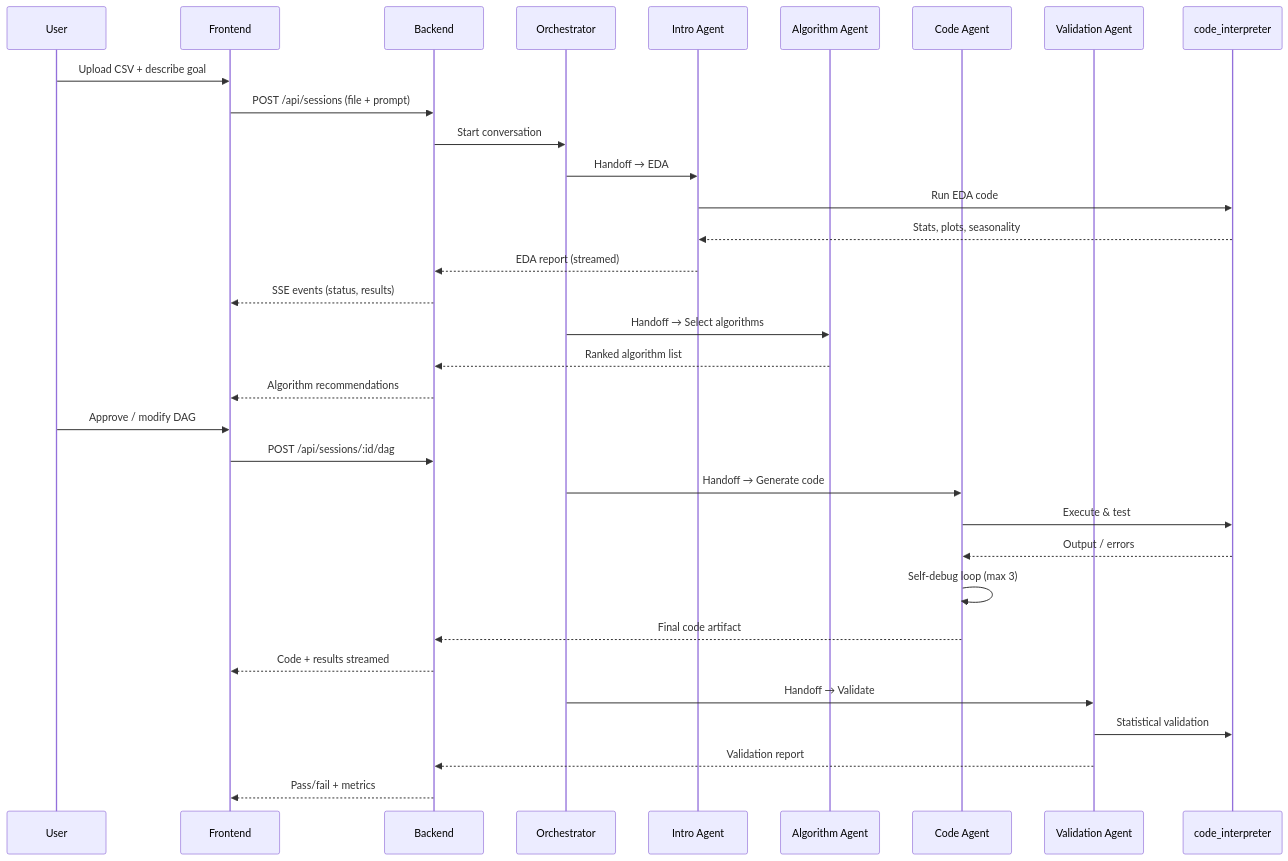
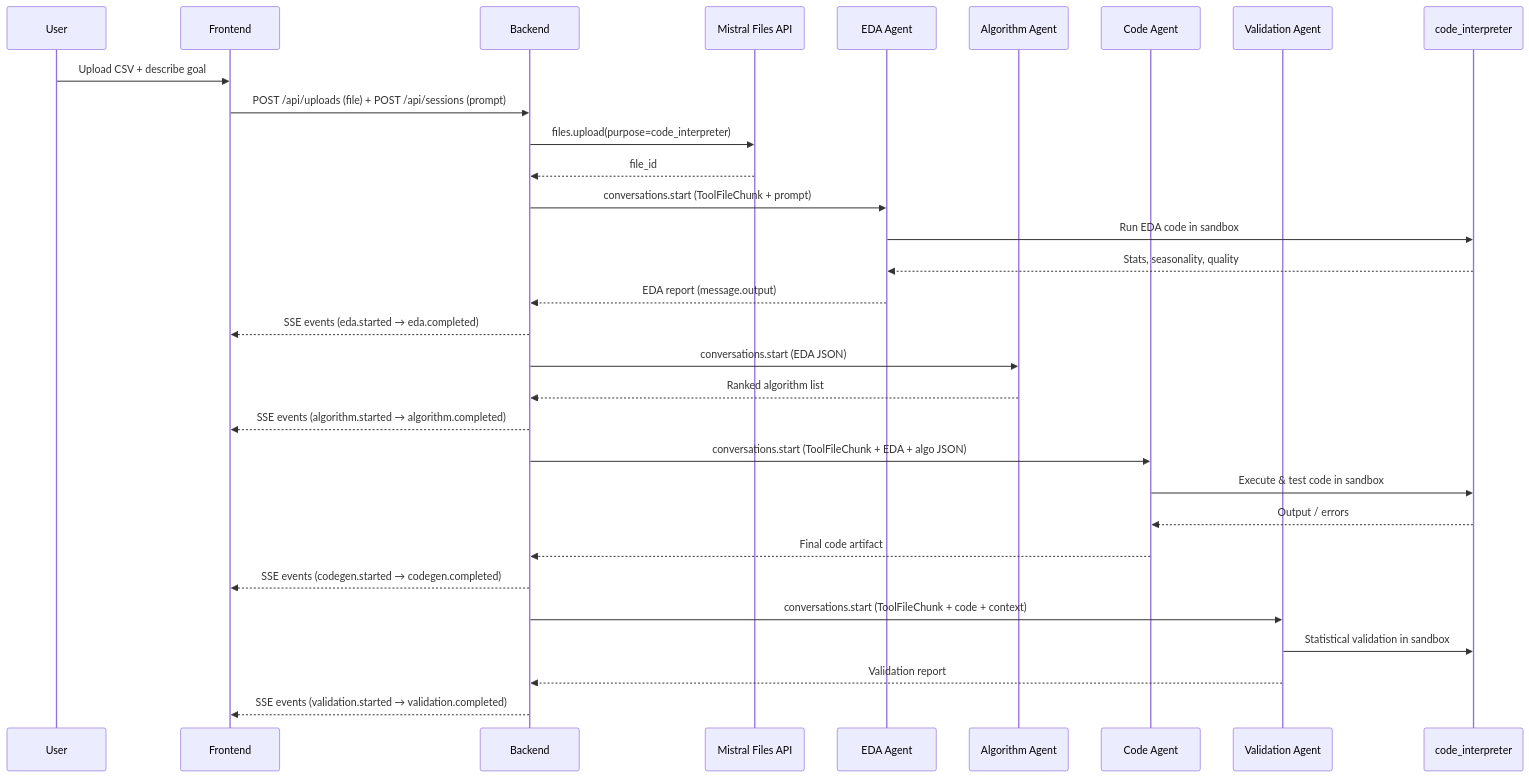
The second of 2 diagrams in ANOMALISTRAL_PLAN.md (Kacper0199/anomalistral), drawn with Mermaid before and after one commit. The commit also changed other lines of this file and 4 other files, not shown here.

````diff
--- a/ANOMALISTRAL_PLAN.md
+++ b/ANOMALISTRAL_PLAN.md
@@ -82,40 +82,38 @@
 ```mermaid
 sequenceDiagram
     participant U as User
     participant FE as Frontend
     participant BE as Backend
-    participant ORC as Orchestrator
-    participant INTRO as Intro Agent
-    participant ALGO as Algorithm Agent
-    participant CODE as Code Agent
-    participant VAL as Validation Agent
+    participant MF as Mistral Files API
+    participant EDA_A as EDA Agent
+    participant ALGO_A as Algorithm Agent
+    participant CODE_A as Code Agent
+    participant VAL_A as Validation Agent
     participant CI as code_interpreter
 
     U->>FE: Upload CSV + describe goal
-    FE->>BE: POST /api/sessions (file + prompt)
-    BE->>ORC: Start conversation
-    ORC->>INTRO: Handoff → EDA
-    INTRO->>CI: Run EDA code
-    CI-->>INTRO: Stats, plots, seasonality
-    INTRO-->>BE: EDA report (streamed)
-    BE-->>FE: SSE events (status, results)
+    FE->>BE: POST /api/uploads (file) + POST /api/sessions (prompt)
+    BE->>MF: files.upload(purpose=code_interpreter)
+    MF-->>BE: file_id
 
-    ORC->>ALGO: Handoff → Select algorithms
-    ALGO-->>BE: Ranked algorithm list
-    BE-->>FE: Algorithm recommendations
+    BE->>EDA_A: conversations.start (ToolFileChunk + prompt)
+    EDA_A->>CI: Run EDA code in sandbox
+    CI-->>EDA_A: Stats, seasonality, quality
+    EDA_A-->>BE: EDA report (message.output)
+    BE-->>FE: SSE events (eda.started → eda.completed)
 
-    U->>FE: Approve / modify DAG
-    FE->>BE: POST /api/sessions/:id/dag
+    BE->>ALGO_A: conversations.start (EDA JSON)
+    ALGO_A-->>BE: Ranked algorithm list
+    BE-->>FE: SSE events (algorithm.started → algorithm.completed)
 
-    ORC->>CODE: Handoff → Generate code
-    CODE->>CI: Execute & test
-    CI-->>CODE: Output / errors
-    CODE->>CODE: Self-debug loop (max 3)
-    CODE-->>BE: Final code artifact
-    BE-->>FE: Code + results streamed
+    BE->>CODE_A: conversations.start (ToolFileChunk + EDA + algo JSON)
+    CODE_A->>CI: Execute & test code in sandbox
+    CI-->>CODE_A: Output / errors
+    CODE_A-->>BE: Final code artifact
+    BE-->>FE: SSE events (codegen.started → codegen.completed)
 
-    ORC->>VAL: Handoff → Validate
-    VAL->>CI: Statistical validation
-    VAL-->>BE: Validation report
-    BE-->>FE: Pass/fail + metrics
+    BE->>VAL_A: conversations.start (ToolFileChunk + code + context)
+    VAL_A->>CI: Statistical validation in sandbox
+    VAL_A-->>BE: Validation report
+    BE-->>FE: SSE events (validation.started → validation.completed)
 ```
````
